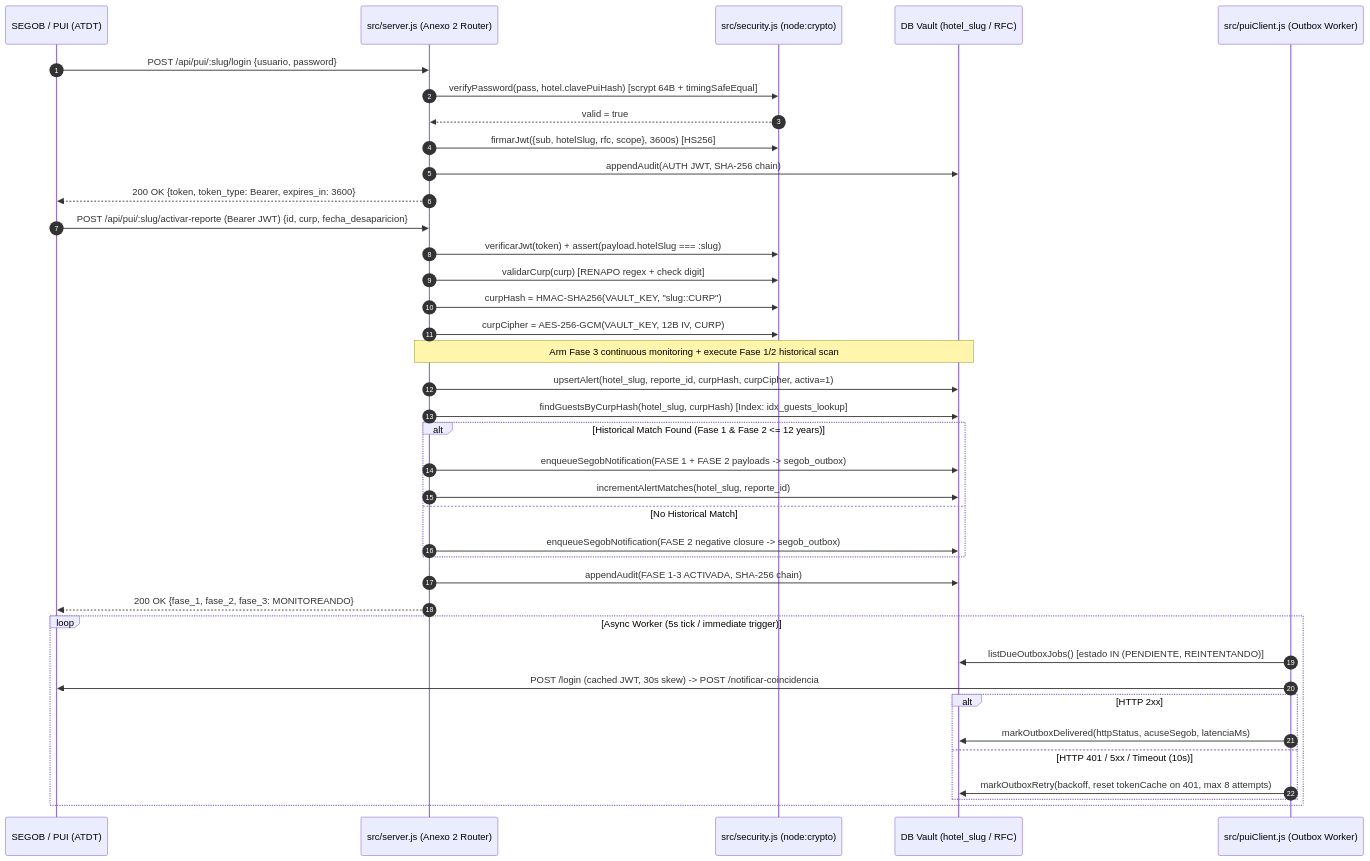
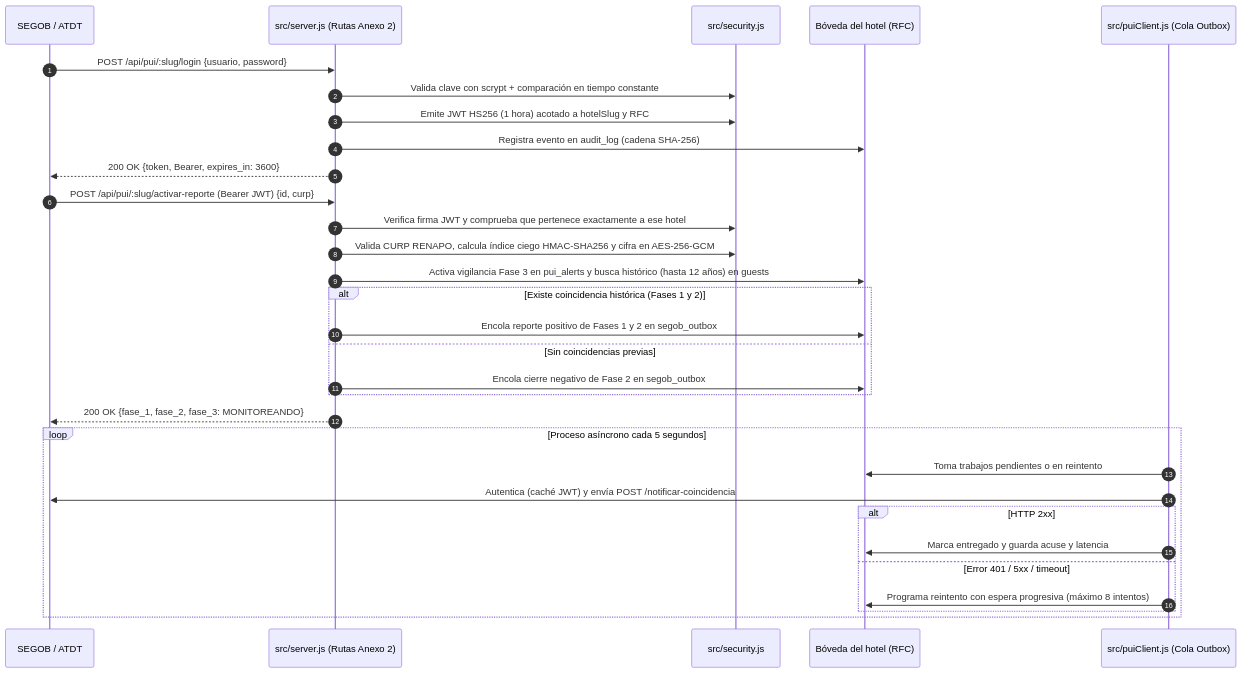
The second of 3 diagrams in docs/ARQUITECTURA_TECNICA_INGENIERIA.md (jesusoldekamp-hue/portico-hospitality), drawn with Mermaid before and after one commit. The commit also changed other lines of this file and 1 other file, not shown here.

Commit message:
Redesign Engineering Architecture PDF and spec in 100% clear Spanish with improved UI/UX

````diff
--- a/docs/ARQUITECTURA_TECNICA_INGENIERIA.md
+++ b/docs/ARQUITECTURA_TECNICA_INGENIERIA.md
@@ -75,46 +75,38 @@
 ```mermaid
 sequenceDiagram
     autonumber
-    participant S as SEGOB / PUI (ATDT)
-    participant API as src/server.js (Anexo 2 Router)
-    participant SEC as src/security.js (node:crypto)
-    participant DB as DB Vault (hotel_slug / RFC)
-    participant OB as src/puiClient.js (Outbox Worker)
+    participant S as SEGOB / ATDT
+    participant API as src/server.js (Rutas Anexo 2)
+    participant SEC as src/security.js
+    participant DB as Bóveda del hotel (RFC)
+    participant OB as src/puiClient.js (Cola Outbox)
 
     S->>API: POST /api/pui/:slug/login {usuario, password}
-    API->>SEC: verifyPassword(pass, hotel.clavePuiHash) [scrypt 64B + timingSafeEqual]
-    SEC-->>API: valid = true
-    API->>SEC: firmarJwt({sub, hotelSlug, rfc, scope}, 3600s) [HS256]
-    API->>DB: appendAudit(AUTH JWT, SHA-256 chain)
-    API-->>S: 200 OK {token, token_type: Bearer, expires_in: 3600}
+    API->>SEC: Valida clave con scrypt + comparación en tiempo constante
+    API->>SEC: Emite JWT HS256 (1 hora) acotado a hotelSlug y RFC
+    API->>DB: Registra evento en audit_log (cadena SHA-256)
+    API-->>S: 200 OK {token, Bearer, expires_in: 3600}
 
-    S->>API: POST /api/pui/:slug/activar-reporte (Bearer JWT) {id, curp, fecha_desaparicion}
-    API->>SEC: verificarJwt(token) + assert(payload.hotelSlug === :slug)
-    API->>SEC: validarCurp(curp) [RENAPO regex + check digit]
-    API->>SEC: curpHash = HMAC-SHA256(VAULT_KEY, "slug::CURP")
-    API->>SEC: curpCipher = AES-256-GCM(VAULT_KEY, 12B IV, CURP)
+    S->>API: POST /api/pui/:slug/activar-reporte (Bearer JWT) {id, curp}
+    API->>SEC: Verifica firma JWT y comprueba que pertenece exactamente a ese hotel
+    API->>SEC: Valida CURP RENAPO, calcula índice ciego HMAC-SHA256 y cifra en AES-256-GCM
+    API->>DB: Activa vigilancia Fase 3 en pui_alerts y busca histórico (hasta 12 años) en guests
 
-    Note over API,DB: Arm Fase 3 continuous monitoring + execute Fase 1/2 historical scan
-    API->>DB: upsertAlert(hotel_slug, reporte_id, curpHash, curpCipher, activa=1)
-    API->>DB: findGuestsByCurpHash(hotel_slug, curpHash) [Index: idx_guests_lookup]
-
-    alt Historical Match Found (Fase 1 & Fase 2 <= 12 years)
-        API->>DB: enqueueSegobNotification(FASE 1 + FASE 2 payloads -> segob_outbox)
-        API->>DB: incrementAlertMatches(hotel_slug, reporte_id)
-    else No Historical Match
-        API->>DB: enqueueSegobNotification(FASE 2 negative closure -> segob_outbox)
+    alt Existe coincidencia histórica (Fases 1 y 2)
+        API->>DB: Encola reporte positivo de Fases 1 y 2 en segob_outbox
+    else Sin coincidencias previas
+        API->>DB: Encola cierre negativo de Fase 2 en segob_outbox
     end
 
-    API->>DB: appendAudit(FASE 1-3 ACTIVADA, SHA-256 chain)
     API-->>S: 200 OK {fase_1, fase_2, fase_3: MONITOREANDO}
 
-    loop Async Worker (5s tick / immediate trigger)
-        OB->>DB: listDueOutboxJobs() [estado IN (PENDIENTE, REINTENTANDO)]
-        OB->>S: POST /login (cached JWT, 30s skew) -> POST /notificar-coincidencia
+    loop Proceso asíncrono cada 5 segundos
+        OB->>DB: Toma trabajos pendientes o en reintento
+        OB->>S: Autentica (caché JWT) y envía POST /notificar-coincidencia
         alt HTTP 2xx
-            OB->>DB: markOutboxDelivered(httpStatus, acuseSegob, latenciaMs)
-        else HTTP 401 / 5xx / Timeout (10s)
-            OB->>DB: markOutboxRetry(backoff, reset tokenCache on 401, max 8 attempts)
+            OB->>DB: Marca entregado y guarda acuse y latencia
+        else Error 401 / 5xx / timeout
+            OB->>DB: Programa reintento con espera progresiva (máximo 8 intentos)
         end
     end
 ```
````
